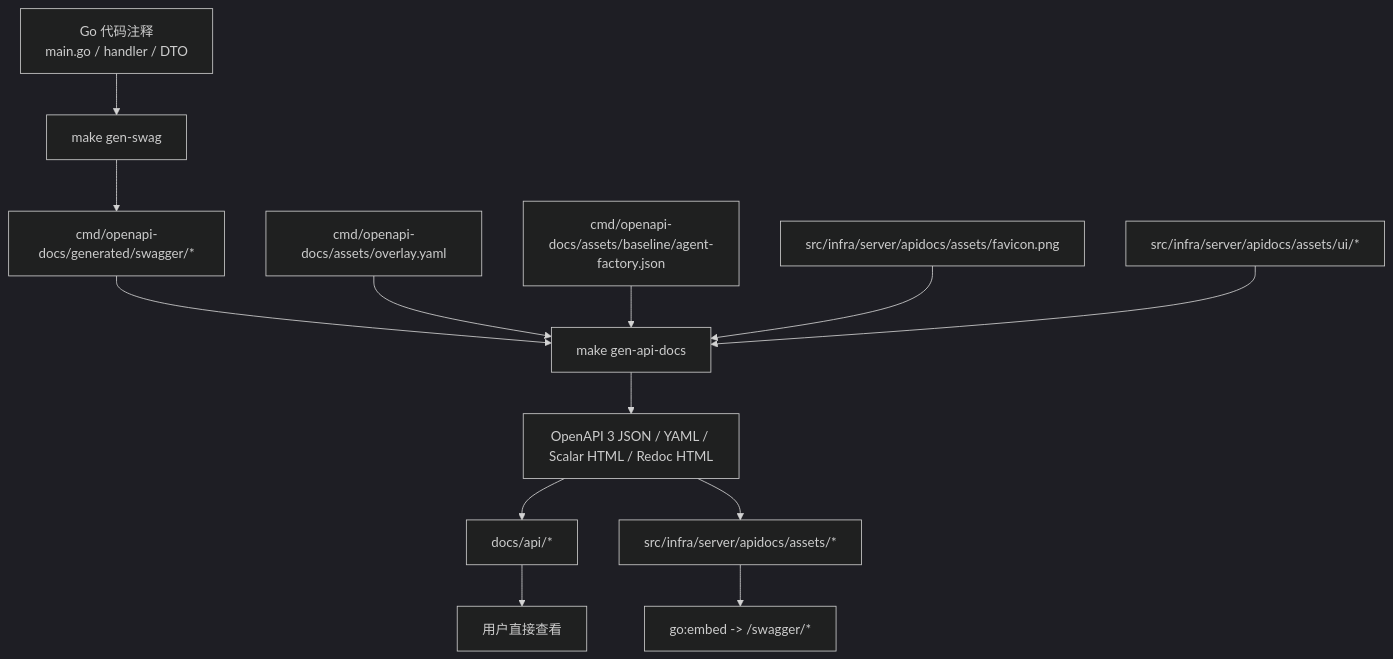
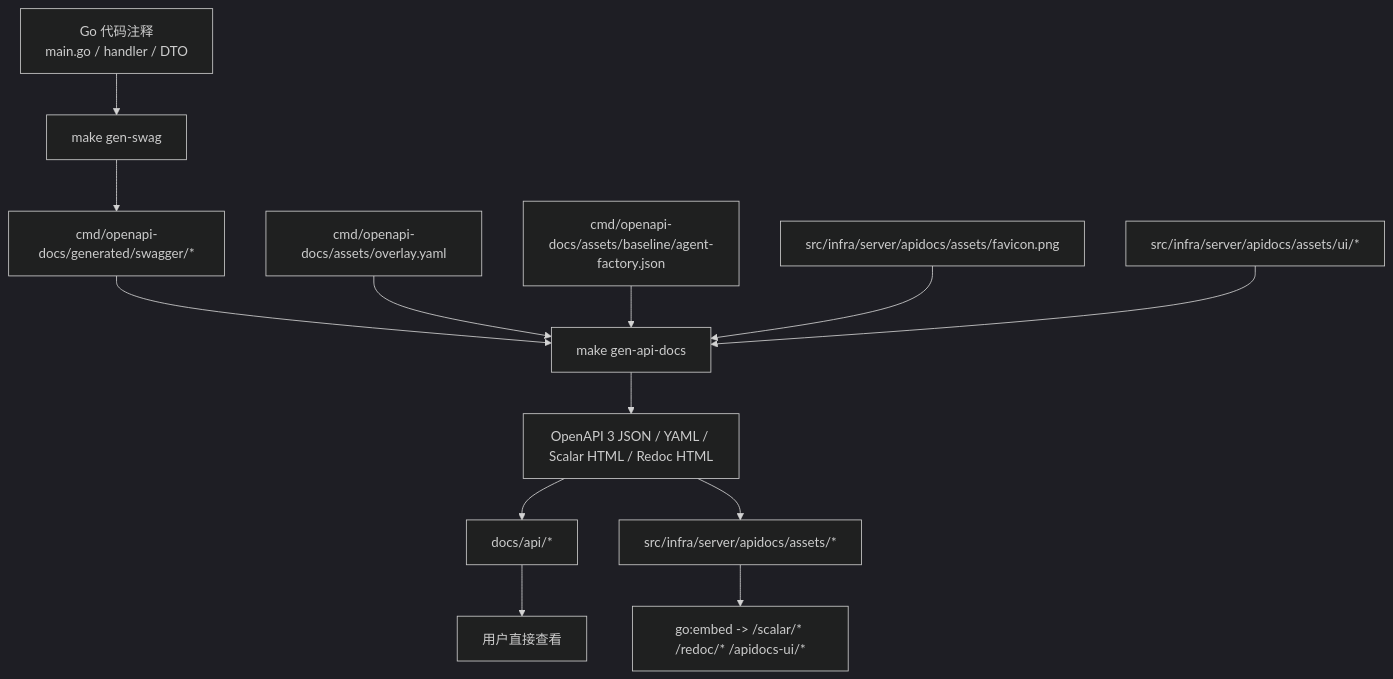
One commit to kweaver-ai/kweaver changed the diagram in decision-agent/agent-backend/agent-factory/cmd/openapi-docs/docs/swagger_openapi_pipeline.md. Above: the diagram before and after it, drawn with Mermaid (dark theme). The commit also changed other lines of this file and 93 other files, not shown here.

````diff
--- a/decision-agent/agent-backend/agent-factory/cmd/openapi-docs/docs/swagger_openapi_pipeline.md
+++ b/decision-agent/agent-backend/agent-factory/cmd/openapi-docs/docs/swagger_openapi_pipeline.md
@@ -14,15 +14,15 @@
 ```mermaid
 flowchart TD
     A["Go 代码注释<br/>main.go / handler / DTO"] --> B["make gen-swag"]
     B --> C["cmd/openapi-docs/generated/swagger/*"]
     C --> D["make gen-api-docs"]
     E["cmd/openapi-docs/assets/overlay.yaml"] --> D
     F["cmd/openapi-docs/assets/baseline/agent-factory.json"] --> D
     G["src/infra/server/apidocs/assets/favicon.png"] --> D
     M["src/infra/server/apidocs/assets/ui/*"] --> D
     D --> H["OpenAPI 3 JSON / YAML / Scalar HTML / Redoc HTML"]
     H --> I["docs/api/*"]
     H --> J["src/infra/server/apidocs/assets/*"]
     I --> K["用户直接查看"]
-    J --> L["go:embed -> /swagger/*"]
+    J --> L["go:embed -> /scalar/* /redoc/* /apidocs-ui/*"]
 ```
````
